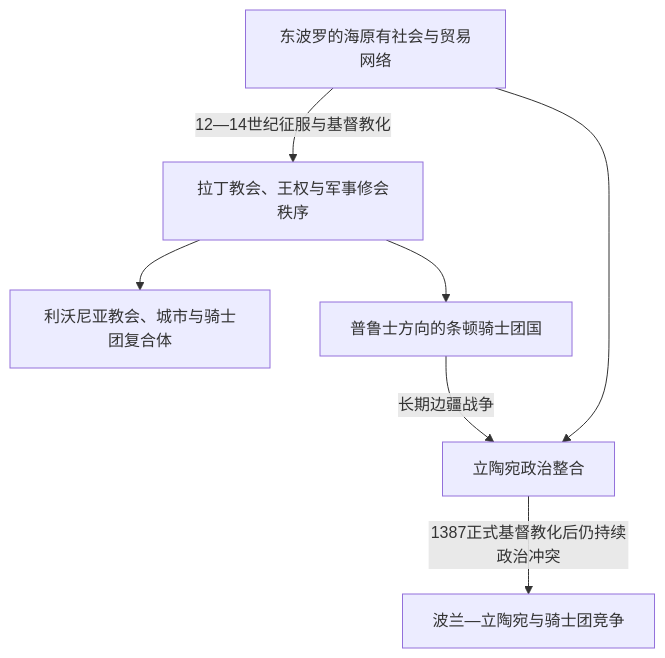
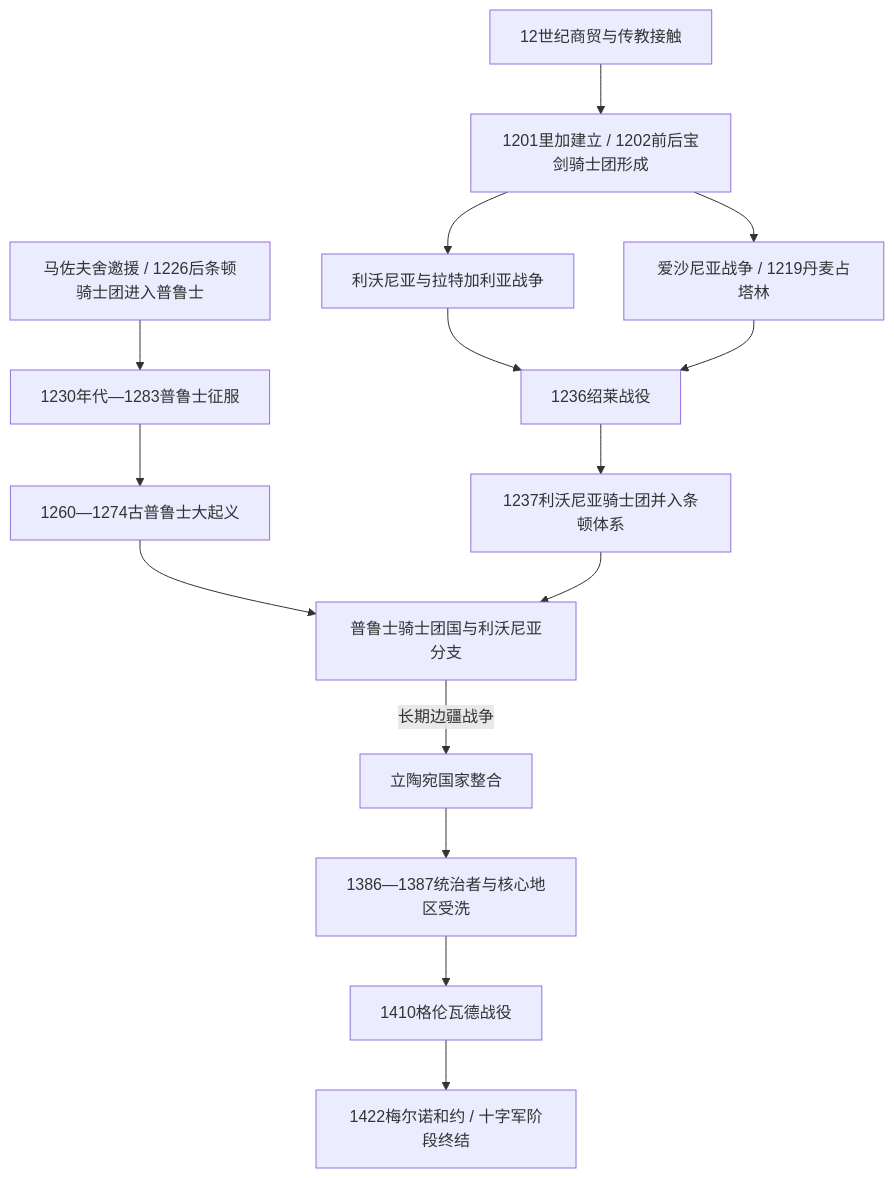
The diagram in 人文科学/历史/欧洲/波罗的海/中世纪波罗的海十字军.md (tianlan-dev/learning-notes), drawn with Mermaid before and after one commit. The commit also changed other lines of this file and 1417 other files, not shown here.

````diff
--- a/人文科学/历史/欧洲/波罗的海/中世纪波罗的海十字军.md
+++ b/人文科学/历史/欧洲/波罗的海/中世纪波罗的海十字军.md
@@ -21,9 +25,17 @@
 ```mermaid
 flowchart TD
-    Local["东波罗的海原有社会与贸易网络"] -->|12—14世纪征服与基督教化| LatinOrder["拉丁教会、王权与军事修会秩序"]
-    LatinOrder --> Livonian["利沃尼亚教会、城市与骑士团复合体"]
-    LatinOrder --> Teutonic["普鲁士方向的条顿骑士团国"]
-    Local --> Lithuania["立陶宛政治整合"]
-    Teutonic -->|长期边疆战争| Lithuania
-    Lithuania -->|1387正式基督教化后仍持续政治冲突| PostConversion["波兰—立陶宛与骑士团竞争"]
+    Missions["12世纪商贸与传教接触"] --> Riga["1201里加建立 / 1202前后宝剑骑士团形成"]
+    Riga --> LivonianConquest["利沃尼亚与拉特加利亚战争"]
+    Riga --> EstonianConquest["爱沙尼亚战争 / 1219丹麦占塔林"]
+    LivonianConquest --> Saule["1236绍莱战役"]
+    EstonianConquest --> Saule
+    Saule --> LivonianBranch["1237利沃尼亚骑士团并入条顿体系"]
+    PrussianInvitation["马佐夫舍邀援 / 1226后条顿骑士团进入普鲁士"] --> PrussianConquest["1230年代—1283普鲁士征服"]
+    PrussianConquest --> Uprising["1260—1274古普鲁士大起义"]
+    Uprising --> OrderStates["普鲁士骑士团国与利沃尼亚分支"]
+    LivonianBranch --> OrderStates
+    Lithuania["立陶宛国家整合"] --> Conversion["1386—1387统治者与核心地区受洗"]
+    OrderStates -->|长期边疆战争| Lithuania
+    Conversion --> Grunwald["1410格伦瓦德战役"]
+    Grunwald --> Melno["1422梅尔诺和约 / 十字军阶段终结"]
 ```
````
